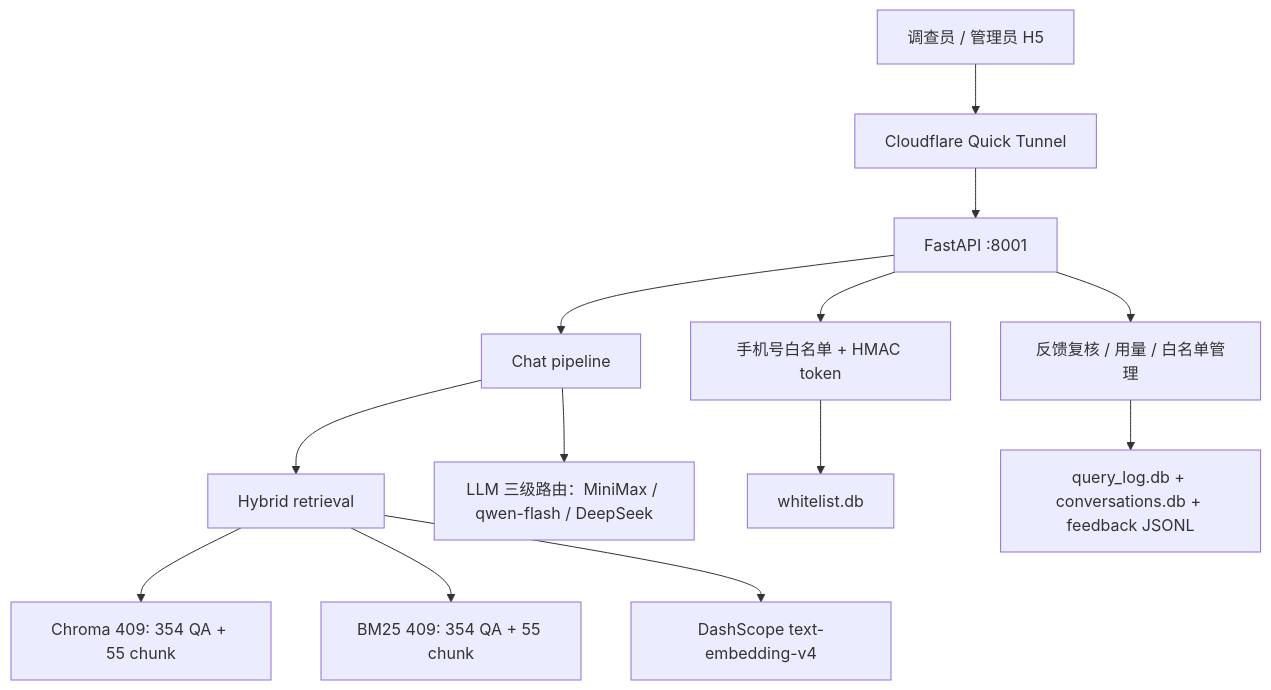
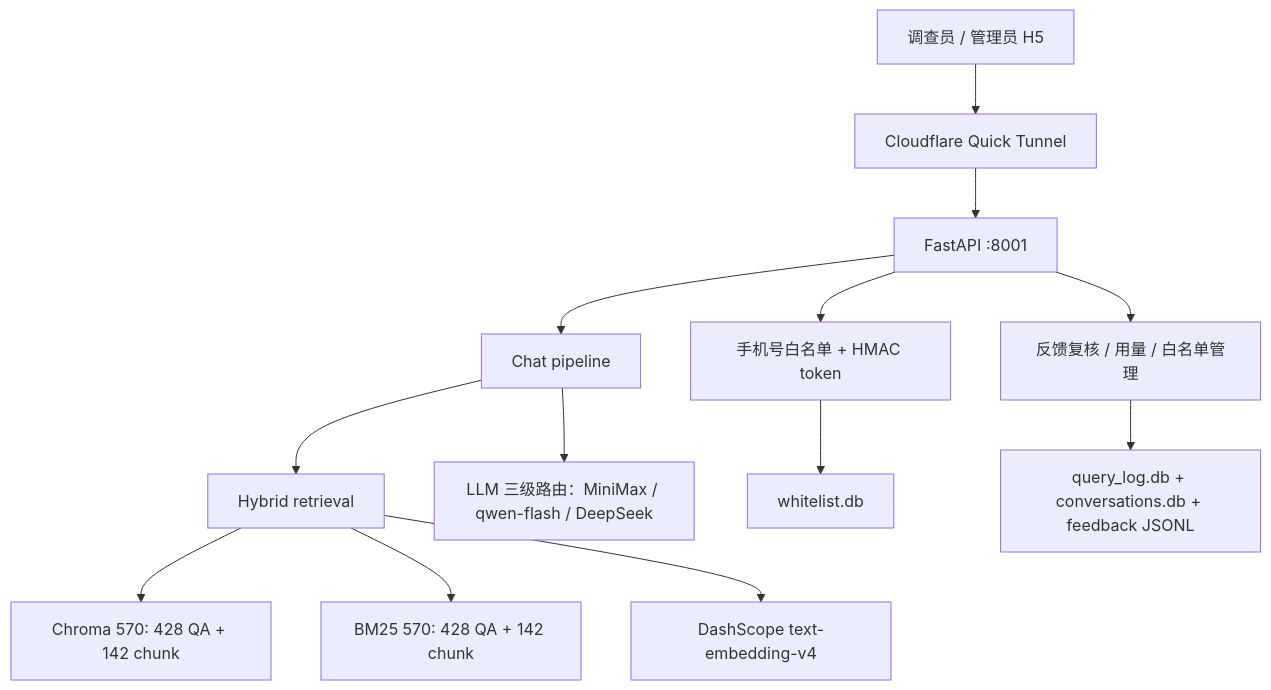
One commit to ljx4471817/labor-survey-ai changed the diagram in docs/03-架构设计.md. Above: the diagram before and after it, drawn with Mermaid. The commit also changed other lines of this file and 10 other files, not shown here.

````diff
--- a/docs/03-架构设计.md
+++ b/docs/03-架构设计.md
@@ -9,15 +9,15 @@
 ```mermaid
 flowchart TD
     U["调查员 / 管理员 H5"] --> CF["Cloudflare Quick Tunnel"]
     CF --> API["FastAPI :8001"]
     API --> AUTH["手机号白名单 + HMAC token"]
     API --> CHAT["Chat pipeline"]
     API --> ADMIN["反馈复核 / 用量 / 白名单管理"]
     CHAT --> RET["Hybrid retrieval"]
-    RET --> VEC["Chroma 409: 354 QA + 55 chunk"]
-    RET --> BM25["BM25 409: 354 QA + 55 chunk"]
+    RET --> VEC["Chroma 570: 428 QA + 142 chunk"]
+    RET --> BM25["BM25 570: 428 QA + 142 chunk"]
     CHAT --> LLM["LLM 三级路由：MiniMax / qwen-flash / DeepSeek"]
     RET --> EMB["DashScope text-embedding-v4"]
     AUTH --> WDB["whitelist.db"]
     ADMIN --> DATA["query_log.db + conversations.db + feedback JSONL"]
 ```
````
